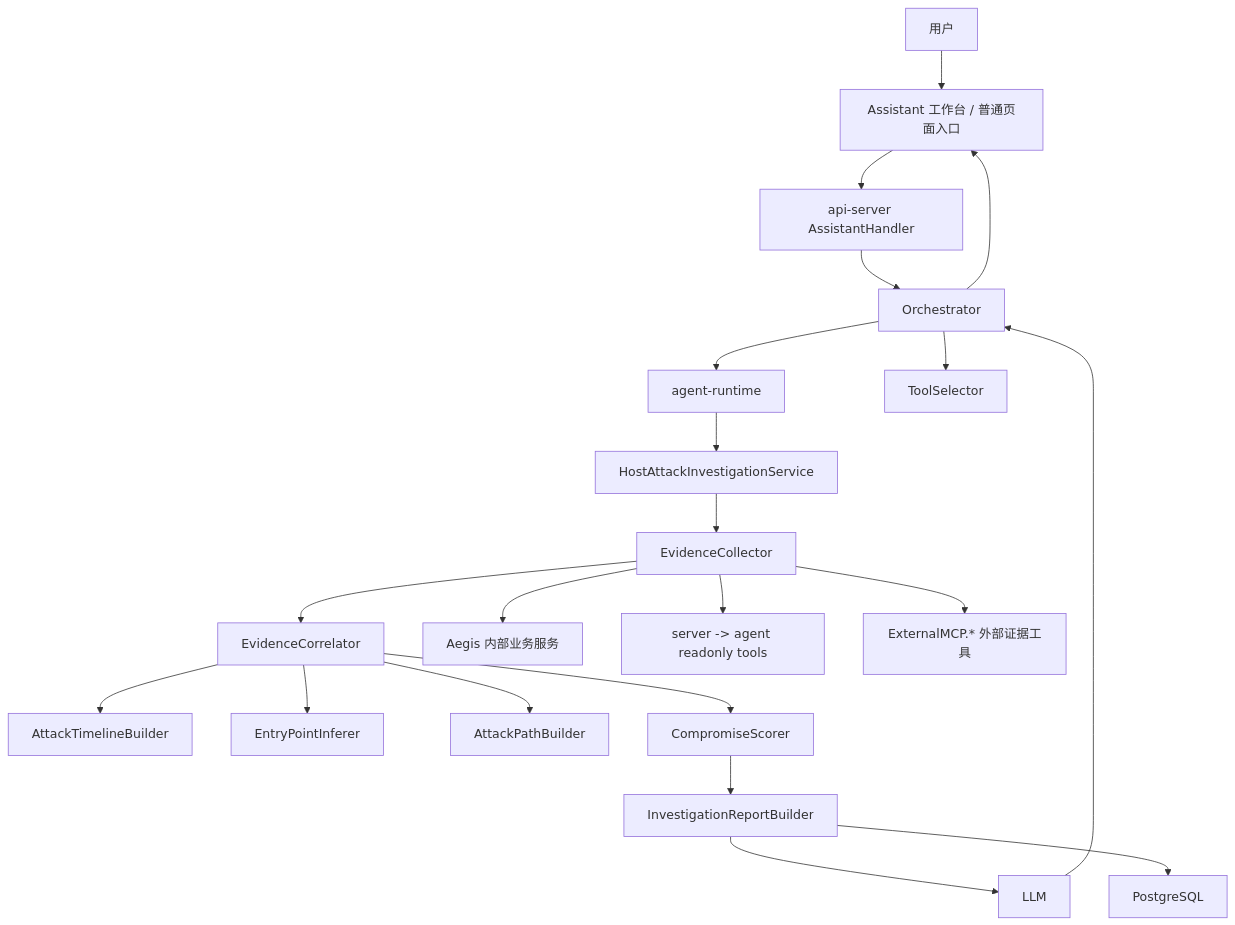
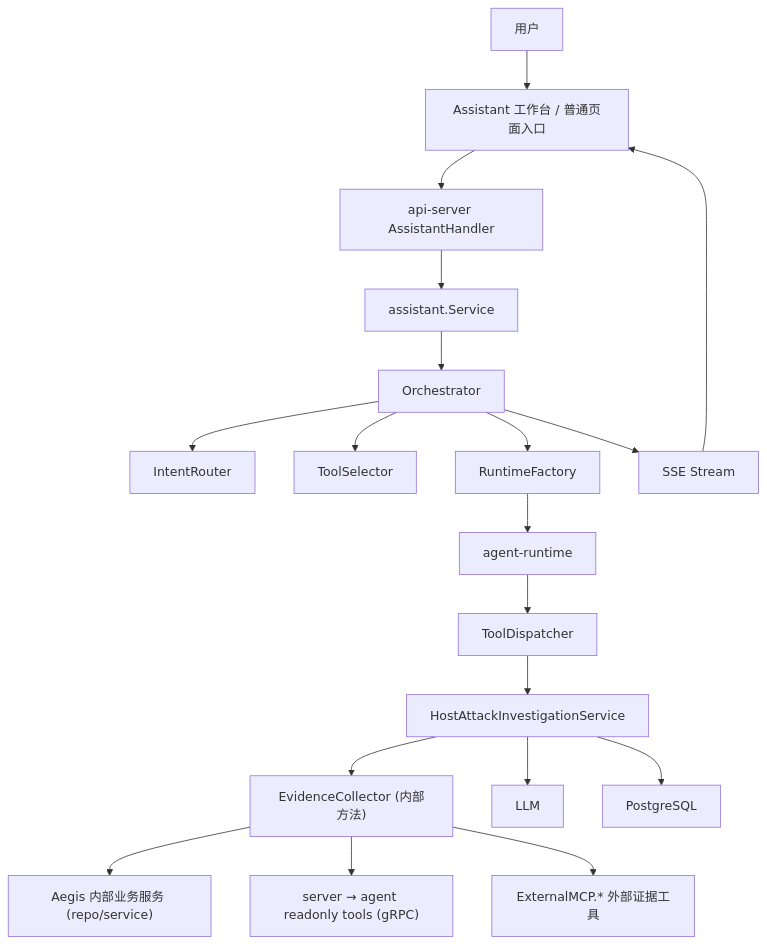
Before and after one commit to alex-chenc/aegis: the first of 3 diagrams in docs/aegis_system_design_v6.0/host_attack_investigation_agent_design_v6.0.md, drawn with Mermaid. The commit also changed other lines of this file and 83 other files, not shown here.

First line of the commit message:
feat: add new components for entry point candidates, evidence matrix, recommended actions, source coverage, and assistant tool policy settings

````diff
--- a/docs/aegis_system_design_v6.0/host_attack_investigation_agent_design_v6.0.md
+++ b/docs/aegis_system_design_v6.0/host_attack_investigation_agent_design_v6.0.md
@@ -61,43 +62,40 @@
 ```mermaid
 flowchart TD
   U["用户"]
   FE["Assistant 工作台 / 普通页面入口"]
   API["api-server AssistantHandler"]
+  SVC["assistant.Service"]
   OR["Orchestrator"]
+  IR["IntentRouter"]
+  TS["ToolSelector"]
+  RF["RuntimeFactory"]
   RT["agent-runtime"]
-  TS["ToolSelector"]
+  TD["ToolDispatcher"]
   HAI["HostAttackInvestigationService"]
-  COL["EvidenceCollector"]
-  COR["EvidenceCorrelator"]
-  TIM["AttackTimelineBuilder"]
-  ENT["EntryPointInferer"]
-  GRA["AttackPathBuilder"]
-  SCO["CompromiseScorer"]
-  REP["InvestigationReportBuilder"]
-  AEGIS["Aegis 内部业务服务"]
-  AGENT["server -> agent readonly tools"]
+  EC["EvidenceCollector (内部方法)"]
+  AEGIS["Aegis 内部业务服务 (repo/service)"]
+  AGENT["server → agent readonly tools (gRPC)"]
   MCP["ExternalMCP.* 外部证据工具"]
   LLM["LLM"]
   DB["PostgreSQL"]
+  SSE["SSE Stream"]
 
   U --> FE
   FE --> API
-  API --> OR
+  API --> SVC
+  SVC --> OR
+  OR --> IR
   OR --> TS
-  OR --> RT
-  RT --> HAI
-  HAI --> COL
-  COL --> AEGIS
-  COL --> AGENT
-  COL --> MCP
-  COL --> COR
-  COR --> TIM
-  COR --> ENT
-  COR --> GRA
-  COR --> SCO
-  SCO --> REP
-  REP --> LLM
-  REP --> DB
-  LLM --> OR
-  OR --> FE
+  OR --> RF
+  RF --> RT
+  RT --> TD
+  TD --> HAI
+  HAI --> EC
+  EC --> AEGIS
+  EC --> AGENT
+  EC --> MCP
+  HAI --> LLM
+  HAI --> DB
+  OR --> SSE
+  SSE --> FE
 ```
````
